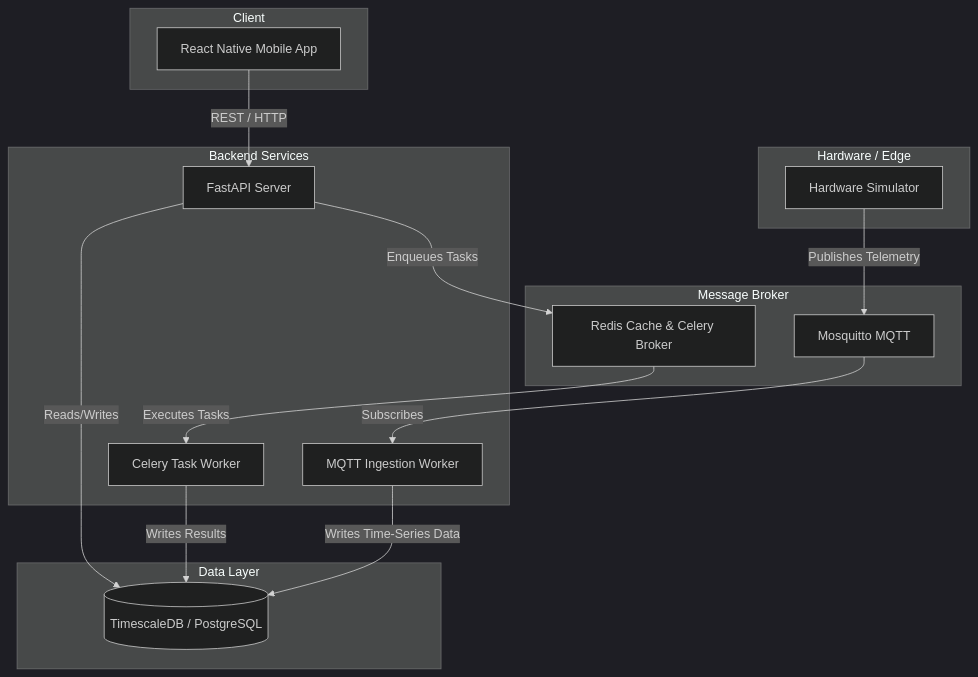
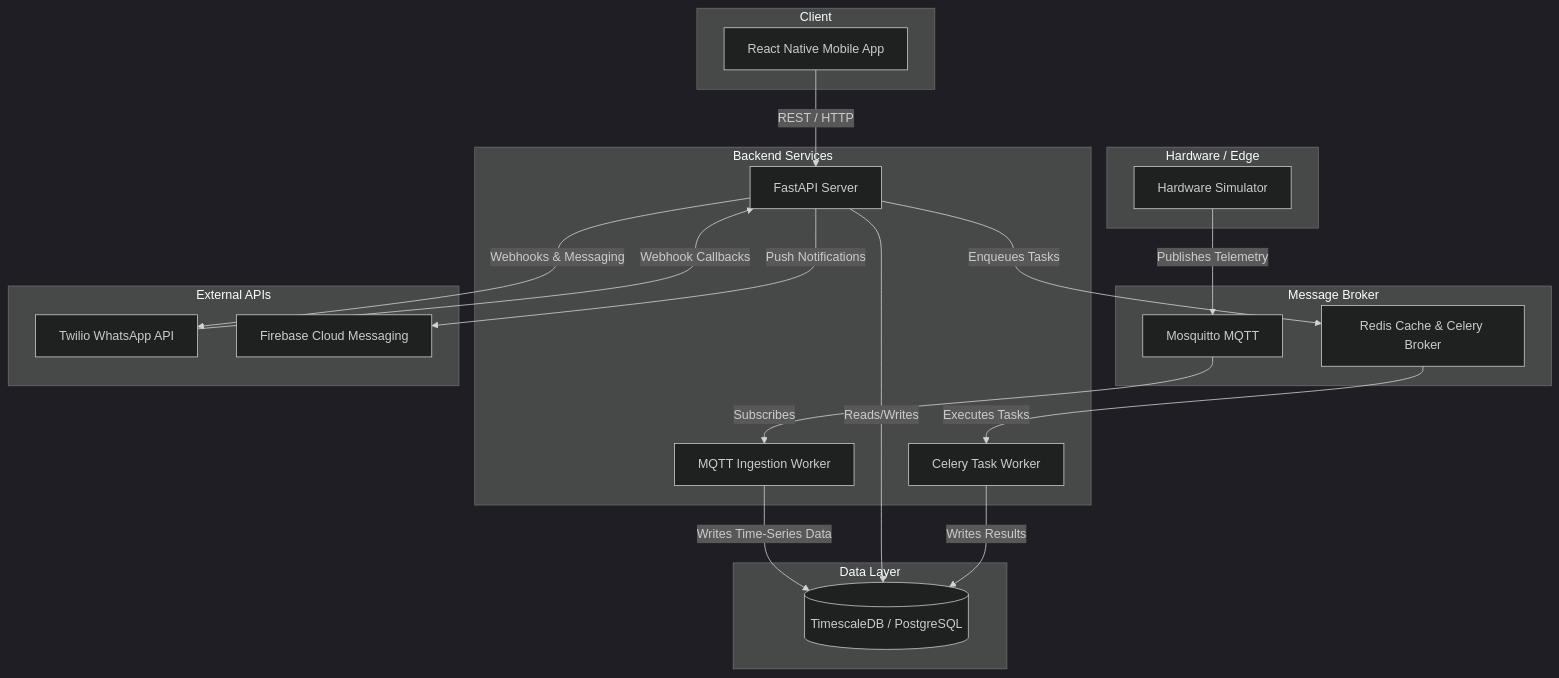
One commit to Maosama01/rwb-iot-full changed the diagram in README.md. Above: the diagram before and after it, drawn with Mermaid (dark theme). The commit also changed other lines of this file and 2 other files, not shown here.

Commit message:
docs: update readmes with whatsapp and push notification details

````diff
--- a/README.md
+++ b/README.md
@@ -35,36 +36,43 @@
 ```mermaid
 graph TD
     subgraph "Hardware / Edge"
         Sim[Hardware Simulator]
     end
     
     subgraph "Message Broker"
         MQTT[Mosquitto MQTT]
         Redis[Redis Cache & Celery Broker]
     end
 
     subgraph "Data Layer"
         DB[(TimescaleDB / PostgreSQL)]
     end
 
     subgraph "Backend Services"
         Worker[MQTT Ingestion Worker]
         Celery[Celery Task Worker]
         API[FastAPI Server]
     end
 
     subgraph "Client"
         App[React Native Mobile App]
     end
+    subgraph "External APIs"
+        Twilio[Twilio WhatsApp API]
+        Firebase[Firebase Cloud Messaging]
+    end
 
     Sim -- Publishes Telemetry --> MQTT
     MQTT -- Subscribes --> Worker
     Worker -- Writes Time-Series Data --> DB
     
     API -- Reads/Writes --> DB
     API -- Enqueues Tasks --> Redis
+    API -- Webhooks & Messaging --> Twilio
+    API -- Push Notifications --> Firebase
+    Twilio -- Webhook Callbacks --> API
     Redis -- Executes Tasks --> Celery
     Celery -- Writes Results --> DB
     
     App -- REST / HTTP --> API
 ```
````
